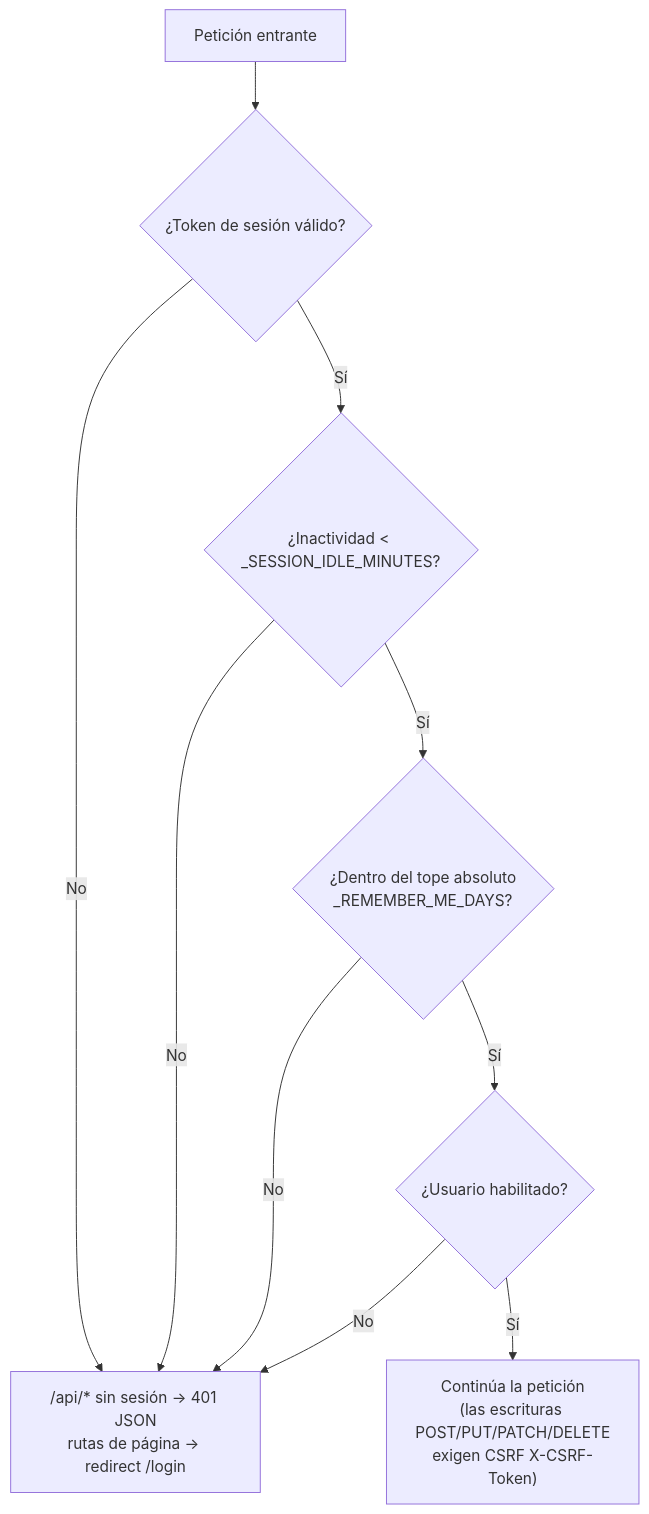
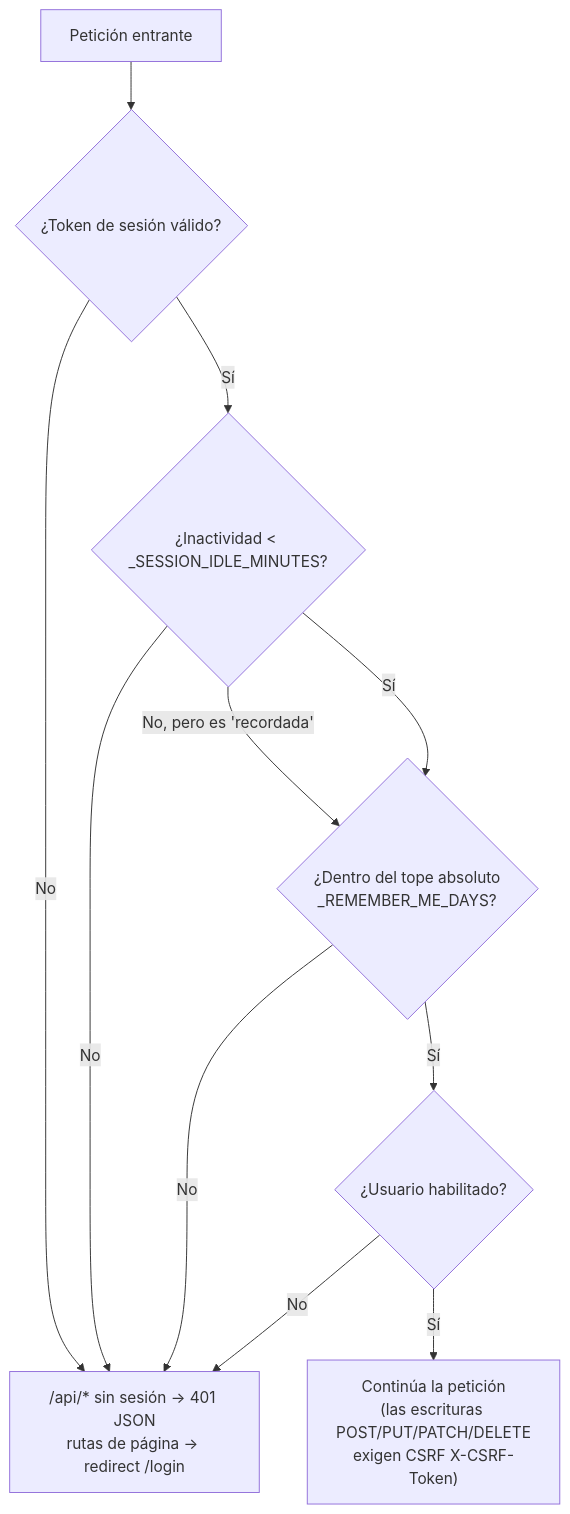
The third of 3 diagrams in docs/explica-seguridad.md (vsc55/ServiceSentry), drawn with Mermaid before and after one commit. The commit also changed other lines of this file and 28 other files, not shown here.

````diff
--- a/docs/explica-seguridad.md
+++ b/docs/explica-seguridad.md
@@ -227,12 +241,14 @@
 ```mermaid
 flowchart TD
     A["Petición entrante"] --> B{"¿Token de sesión válido?"}
+    %% «Recordarme» exime del idle y solo de eso: el tope absoluto sigue aplicando.
     B -- No --> X["/api/* sin sesión → 401 JSON<br/>rutas de página → redirect /login"]
     B -- Sí --> C{"¿Inactividad < _SESSION_IDLE_MINUTES?"}
     C -- No --> X
+    C -- "No, pero es 'recordada'" --> D
     C -- Sí --> D{"¿Dentro del tope absoluto<br/>_REMEMBER_ME_DAYS?"}
     D -- No --> X
     D -- Sí --> E{"¿Usuario habilitado?"}
     E -- No --> X
     E -- Sí --> F["Continúa la petición<br/>(las escrituras POST/PUT/PATCH/DELETE<br/>exigen CSRF X-CSRF-Token)"]
 ```
````
